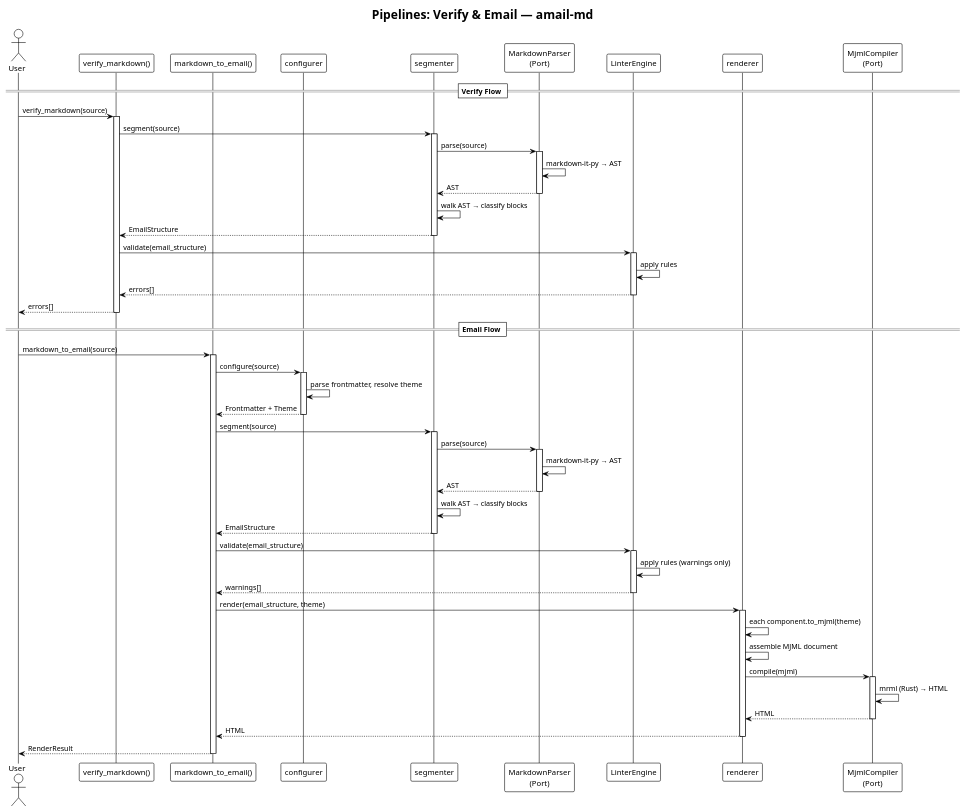
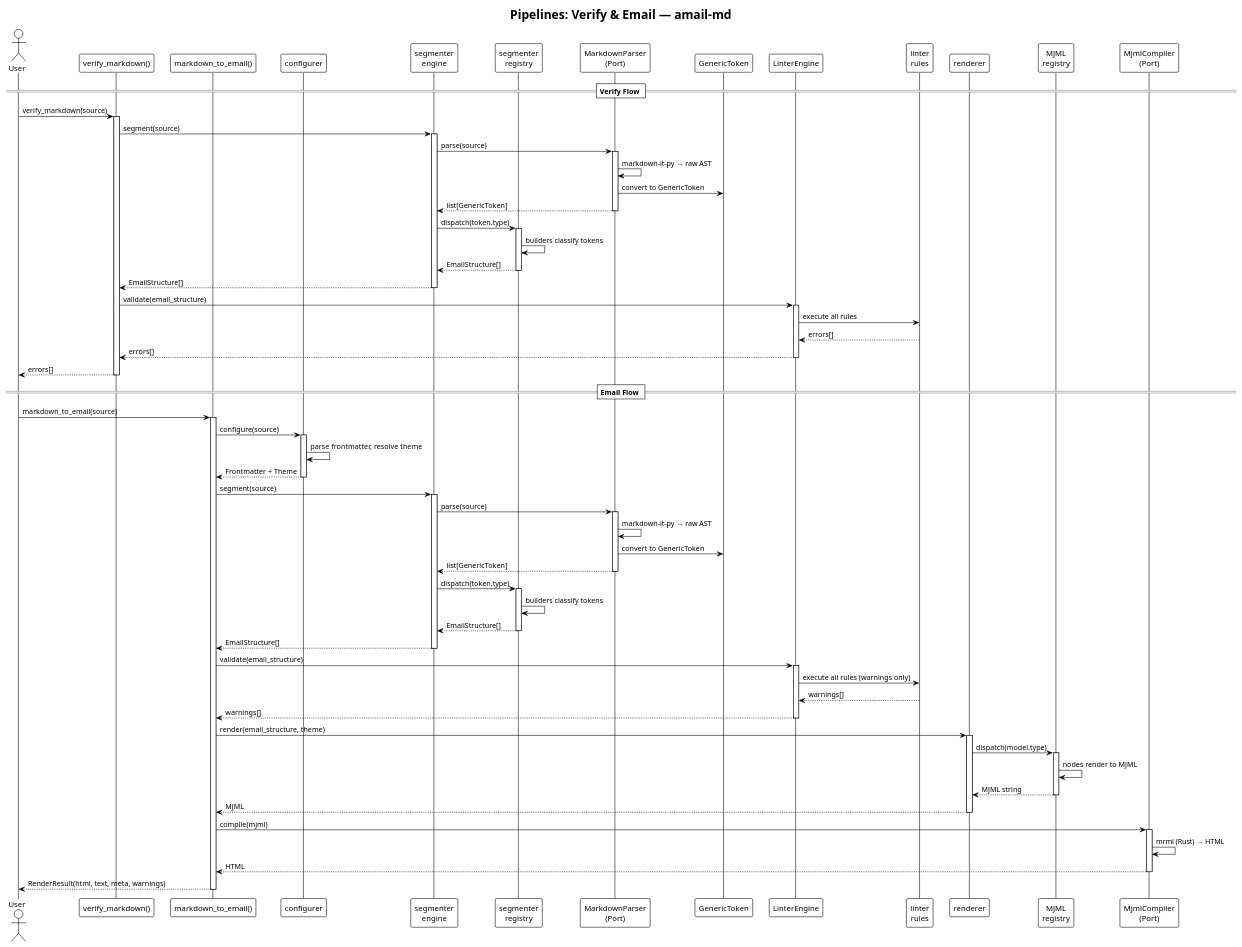
The diagram in docs/diagrams/Sequence_Pipelines.puml (Aros-Team/amail_md), drawn with PlantUML before and after one commit. The commit also changed 16 other files, not shown here.

First line of the commit message:
feat: define project architecture patterns

```diff
--- a/docs/diagrams/Sequence_Pipelines.puml
+++ b/docs/diagrams/Sequence_Pipelines.puml
@@ -1,84 +1,104 @@
 @startuml
 !theme plain
 
 title Pipelines: Verify & Email — amail-md
 
 actor "User" as user
 participant "verify_markdown()" as verify
 participant "markdown_to_email()" as email
 participant "configurer" as cfg
-participant "segmenter" as seg
+participant "segmenter\nengine" as seg
+participant "segmenter\nregistry" as seg_reg
 participant "MarkdownParser\n(Port)" as parse
-participant "LinterEngine" as linter
+participant "GenericToken" as token
+participant "LinterEngine" as lint_eng
+participant "linter\nrules" as lint_rules
 participant "renderer" as renderer
+participant "MJML\nregistry" as mjml_reg
 participant "MjmlCompiler\n(Port)" as compile
 
 == Verify Flow ==
 
 user -> verify : verify_markdown(source)
 activate verify
 
 verify -> seg : segment(source)
 activate seg
 seg -> parse : parse(source)
 activate parse
-parse -> parse : markdown-it-py → AST
-parse --> seg : AST
+parse -> parse : markdown-it-py → raw AST
+parse -> token : convert to GenericToken
+parse --> seg : list[GenericToken]
 deactivate parse
-seg -> seg : walk AST → classify blocks
-seg --> verify : EmailStructure
+seg -> seg_reg : dispatch(token.type)
+activate seg_reg
+seg_reg -> seg_reg : builders classify tokens
+seg_reg --> seg : EmailStructure[]
+deactivate seg_reg
+seg --> verify : EmailStructure[]
 deactivate seg
 
-verify -> linter : validate(email_structure)
-activate linter
-linter -> linter : apply rules
-linter --> verify : errors[]
-deactivate linter
+verify -> lint_eng : validate(email_structure)
+activate lint_eng
+lint_eng -> lint_rules : execute all rules
+lint_rules --> lint_eng : errors[]
+lint_eng --> verify : errors[]
+deactivate lint_eng
 
 verify --> user : errors[]
 deactivate verify
 
 == Email Flow ==
 
 user -> email : markdown_to_email(source)
 activate email
 
 email -> cfg : configure(source)
 activate cfg
 cfg -> cfg : parse frontmatter, resolve theme
 cfg --> email : Frontmatter + Theme
 deactivate cfg
 
 email -> seg : segment(source)
 activate seg
 seg -> parse : parse(source)
 activate parse
-parse -> parse : markdown-it-py → AST
-parse --> seg : AST
+parse -> parse : markdown-it-py → raw AST
+parse -> token : convert to GenericToken
+parse --> seg : list[GenericToken]
 deactivate parse
-seg -> seg : walk AST → classify blocks
-seg --> email : EmailStructure
+seg -> seg_reg : dispatch(token.type)
+activate seg_reg
+seg_reg -> seg_reg : builders classify tokens
+seg_reg --> seg : EmailStructure[]
+deactivate seg_reg
+seg --> email : EmailStructure[]
 deactivate seg
 
-email -> linter : validate(email_structure)
-activate linter
-linter -> linter : apply rules (warnings only)
-linter --> email : warnings[]
-deactivate linter
+email -> lint_eng : validate(email_structure)
+activate lint_eng
+lint_eng -> lint_rules : execute all rules (warnings only)
+lint_rules --> lint_eng : warnings[]
+lint_eng --> email : warnings[]
+deactivate lint_eng
 
 email -> renderer : render(email_structure, theme)
 activate renderer
-renderer -> renderer : each component.to_mjml(theme)
-renderer -> renderer : assemble MJML document
-renderer -> compile : compile(mjml)
+renderer -> mjml_reg : dispatch(model.type)
+activate mjml_reg
+mjml_reg -> mjml_reg : nodes render to MJML
+mjml_reg --> renderer : MJML string
+deactivate mjml_reg
+renderer --> email : MJML
+deactivate renderer
+
+email -> compile : compile(mjml)
 activate compile
 compile -> compile : mrml (Rust) → HTML
-compile --> renderer : HTML
+compile --> email : HTML
 deactivate compile
-renderer --> email : HTML
-deactivate renderer
 
-email --> user : RenderResult
+email --> user : RenderResult(html, text, meta, warnings)
 deactivate email
 
 @enduml
```
